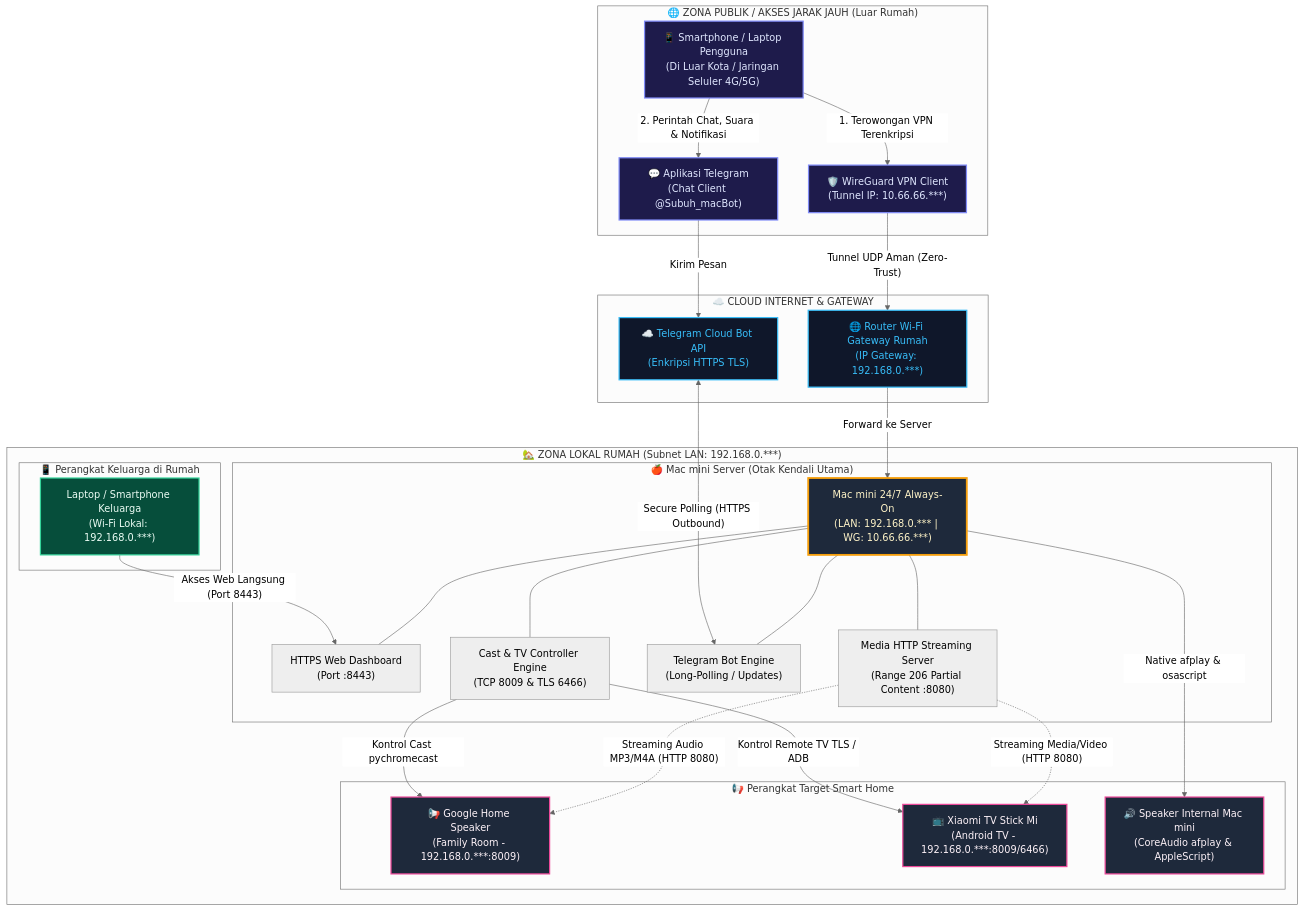
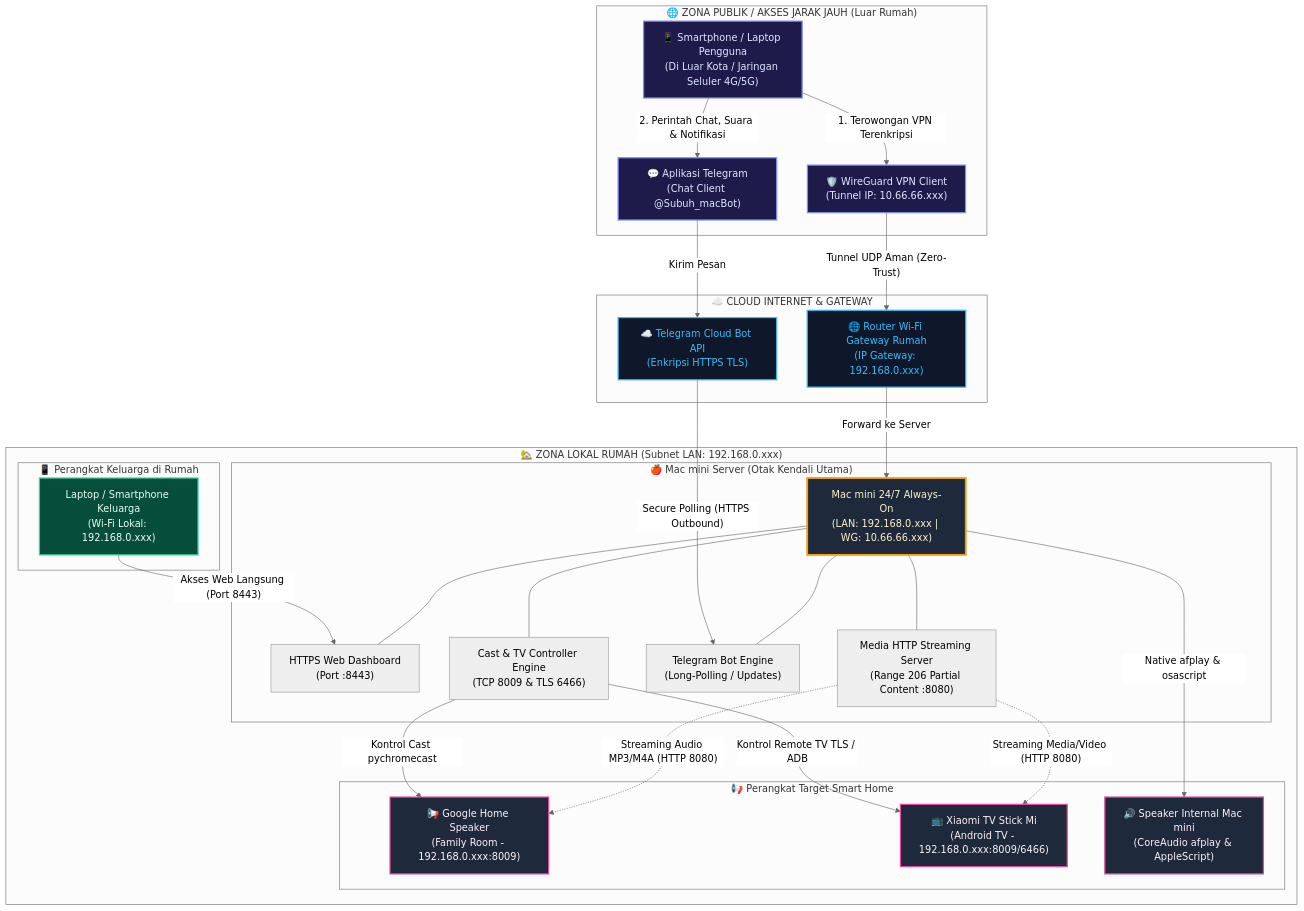
The second of 3 diagrams in README.md (subuh-kurniawan/mac-home-server), drawn with Mermaid (neutral theme) before and after one commit. The commit also changed other lines of this file and 4 other files, not shown here.

Commit message:
fix(mermaid): resolve syntax errors by replacing illegal <-->| links with -->|, substituting asterisks with .xxx, unescaping entities, and using <br/> for linebreaks

````diff
--- a/README.md
+++ b/README.md
@@ -96,65 +96,65 @@
 ```mermaid
 flowchart TD
     %% Styling Classes
     classDef remoteZone fill:#1e1b4b,stroke:#818cf8,stroke-width:2px,color:#e0e7ff;
     classDef publicCloud fill:#0f172a,stroke:#38bdf8,stroke-width:2px,color:#38bdf8;
     classDef lanZone fill:#064e3b,stroke:#34d399,stroke-width:2px,color:#ecfdf5;
     classDef serverNode fill:#1e293b,stroke:#f59e0b,stroke-width:3px,color:#fef3c7;
     classDef deviceNode fill:#1e293b,stroke:#ec4899,stroke-width:2px,color:#fdf2f8;
 
     subgraph RemoteAccess ["🌐 ZONA PUBLIK / AKSES JARAK JAUH (Luar Rumah)"]
-        UserRemote["📱 Smartphone / Laptop Pengguna\n(Di Luar Kota / Jaringan Seluler 4G/5G)"]:::remoteZone
-        WGClient["🛡️ WireGuard VPN Client\n(Tunnel IP: 10.66.66.***)"]:::remoteZone
-        TelegramApp["💬 Aplikasi Telegram\n(Chat Client @Subuh_macBot)"]:::remoteZone
+        UserRemote["📱 Smartphone / Laptop Pengguna<br/>(Di Luar Kota / Jaringan Seluler 4G/5G)"]:::remoteZone
+        WGClient["🛡️ WireGuard VPN Client<br/>(Tunnel IP: 10.66.66.xxx)"]:::remoteZone
+        TelegramApp["💬 Aplikasi Telegram<br/>(Chat Client @Subuh_macBot)"]:::remoteZone
     end
 
     subgraph CloudRelay ["☁️ CLOUD INTERNET & GATEWAY"]
-        TelegramCloud["☁️ Telegram Cloud Bot API\n(Enkripsi HTTPS TLS)"]:::publicCloud
-        HomeRouter["🌐 Router Wi-Fi Gateway Rumah\n(IP Gateway: 192.168.0.***)"]:::publicCloud
+        TelegramCloud["☁️ Telegram Cloud Bot API<br/>(Enkripsi HTTPS TLS)"]:::publicCloud
+        HomeRouter["🌐 Router Wi-Fi Gateway Rumah<br/>(IP Gateway: 192.168.0.xxx)"]:::publicCloud
     end
 
-    subgraph HomeLAN ["🏡 ZONA LOKAL RUMAH (Subnet LAN: 192.168.0.***)"]
+    subgraph HomeLAN ["🏡 ZONA LOKAL RUMAH (Subnet LAN: 192.168.0.xxx)"]
         subgraph HostServer ["🍎 Mac mini Server (Otak Kendali Utama)"]
-            MacMini["Mac mini 24/7 Always-On\n(LAN: 192.168.0.*** | WG: 10.66.66.***)"]:::serverNode
-            WebHTTPS["HTTPS Web Dashboard\n(Port :8443)"]
-            StreamServer["Media HTTP Streaming Server\n(Range 206 Partial Content :8080)"]
-            BotDaemon["Telegram Bot Engine\n(Long-Polling / Updates)"]
-            CastDaemon["Cast & TV Controller Engine\n(TCP 8009 & TLS 6466)"]
+            MacMini["Mac mini 24/7 Always-On<br/>(LAN: 192.168.0.xxx | WG: 10.66.66.xxx)"]:::serverNode
+            WebHTTPS["HTTPS Web Dashboard<br/>(Port :8443)"]
+            StreamServer["Media HTTP Streaming Server<br/>(Range 206 Partial Content :8080)"]
+            BotDaemon["Telegram Bot Engine<br/>(Long-Polling / Updates)"]
+            CastDaemon["Cast & TV Controller Engine<br/>(TCP 8009 & TLS 6466)"]
         end
 
         subgraph LocalClients ["📱 Perangkat Keluarga di Rumah"]
-            FamilyDevices["Laptop / Smartphone Keluarga\n(Wi-Fi Lokal: 192.168.0.***)"]:::lanZone
+            FamilyDevices["Laptop / Smartphone Keluarga<br/>(Wi-Fi Lokal: 192.168.0.xxx)"]:::lanZone
         end
 
         subgraph SmartEndpoints ["📢 Perangkat Target Smart Home"]
-            GH["📢 Google Home Speaker\n(Family Room - 192.168.0.***:8009)"]:::deviceNode
-            TVStick["📺 Xiaomi TV Stick Mi\n(Android TV - 192.168.0.***:8009/6466)"]:::deviceNode
-            MacAudio["🔊 Speaker Internal Mac mini\n(CoreAudio afplay & AppleScript)"]:::deviceNode
+            GH["📢 Google Home Speaker<br/>(Family Room - 192.168.0.xxx:8009)"]:::deviceNode
+            TVStick["📺 Xiaomi TV Stick Mi<br/>(Android TV - 192.168.0.xxx:8009/6466)"]:::deviceNode
+            MacAudio["🔊 Speaker Internal Mac mini<br/>(CoreAudio afplay & AppleScript)"]:::deviceNode
         end
     end
 
     %% Jalur Koneksi Remote
     UserRemote -->|"1. Terowongan VPN Terenkripsi"| WGClient
     WGClient -->|"Tunnel UDP Aman (Zero-Trust)"| HomeRouter
     HomeRouter -->|"Forward ke Server"| MacMini
 
     UserRemote -->|"2. Perintah Chat, Suara & Notifikasi"| TelegramApp
     TelegramApp -->|"Kirim Pesan"| TelegramCloud
-    TelegramCloud <-->|"Secure Polling (HTTPS Outbound)"| BotDaemon
+    TelegramCloud -->|"Secure Polling (HTTPS Outbound)"| BotDaemon
 
     %% Jalur Koneksi Lokal
     FamilyDevices -->|"Akses Web Langsung (Port 8443)"| WebHTTPS
 
     %% Server Internal Wiring
     MacMini --- WebHTTPS
     MacMini --- StreamServer
     MacMini --- BotDaemon
     MacMini --- CastDaemon
 
     %% Kontrol & Streaming ke Perangkat
     CastDaemon -->|"Kontrol Cast pychromecast"| GH
     CastDaemon -->|"Kontrol Remote TV TLS / ADB"| TVStick
     StreamServer -.->|"Streaming Audio MP3/M4A (HTTP 8080)"| GH
     StreamServer -.->|"Streaming Media/Video (HTTP 8080)"| TVStick
     MacMini -->|"Native afplay & osascript"| MacAudio
 ```
````
